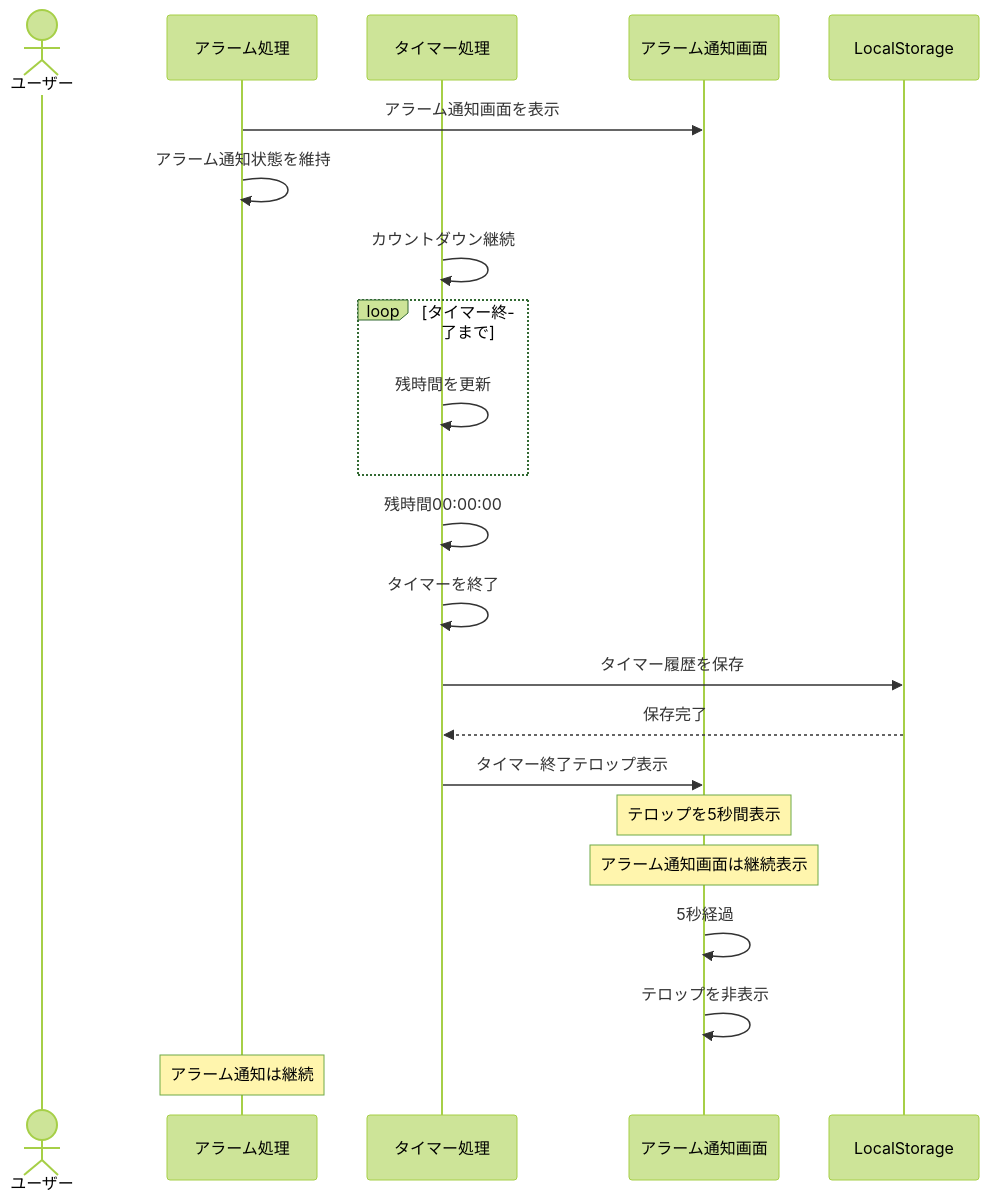
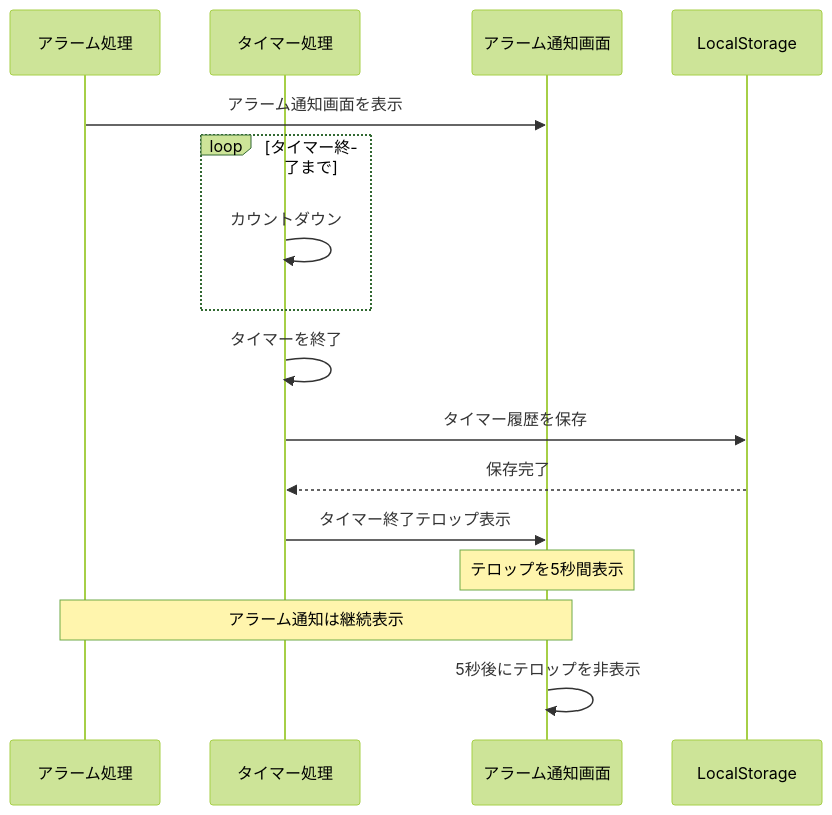
The fifth of 6 diagrams in document/設計/シーケンス図/タイマーシーケンス図.md (shun62201234-crypto/timerApplication), drawn with Mermaid (forest theme) before and after one commit. The commit also changed other lines of this file, not shown here.

Commit message:
タイマーシーケンス図修正

````diff
--- a/document/設計/シーケンス図/タイマーシーケンス図.md
+++ b/document/設計/シーケンス図/タイマーシーケンス図.md
@@ -132,32 +115,25 @@
 ```mermaid
 sequenceDiagram
-    actor ユーザー
+
     participant Alarm as アラーム処理
     participant Timer as タイマー処理
     participant UI as アラーム通知画面
     participant Storage as LocalStorage
 
     Alarm->>UI: アラーム通知画面を表示
-    Alarm->>Alarm: アラーム通知状態を維持
-
-    Timer->>Timer: カウントダウン継続
 
     loop タイマー終了まで
-        Timer->>Timer: 残時間を更新
+        Timer->>Timer: カウントダウン
     end
 
-    Timer->>Timer: 残時間00:00:00
     Timer->>Timer: タイマーを終了
     Timer->>Storage: タイマー履歴を保存
     Storage-->>Timer: 保存完了
 
     Timer->>UI: タイマー終了テロップ表示
 
     Note over UI: テロップを5秒間表示
-    Note over UI: アラーム通知画面は継続表示
+    Note over Alarm,UI: アラーム通知は継続表示
 
-    UI->>UI: 5秒経過
-    UI->>UI: テロップを非表示
-
-    Note over Alarm: アラーム通知は継続
+    UI->>UI: 5秒後にテロップを非表示
 ```
````
